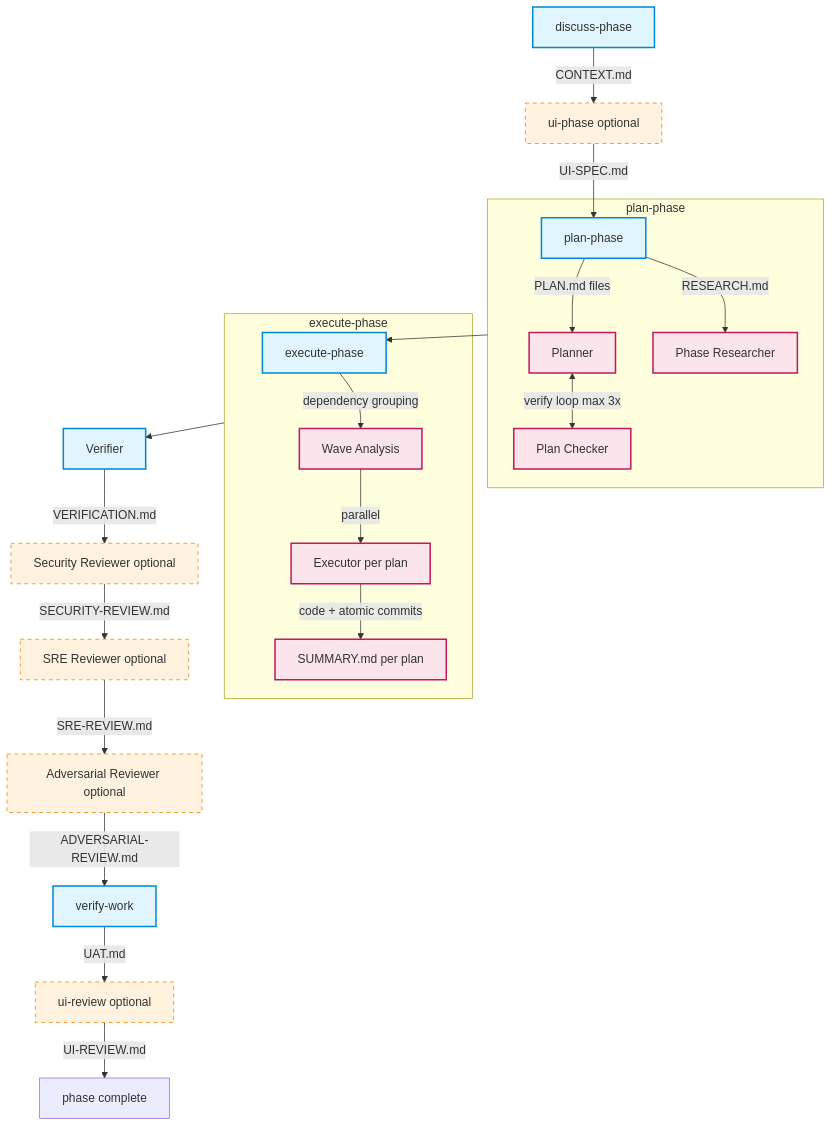
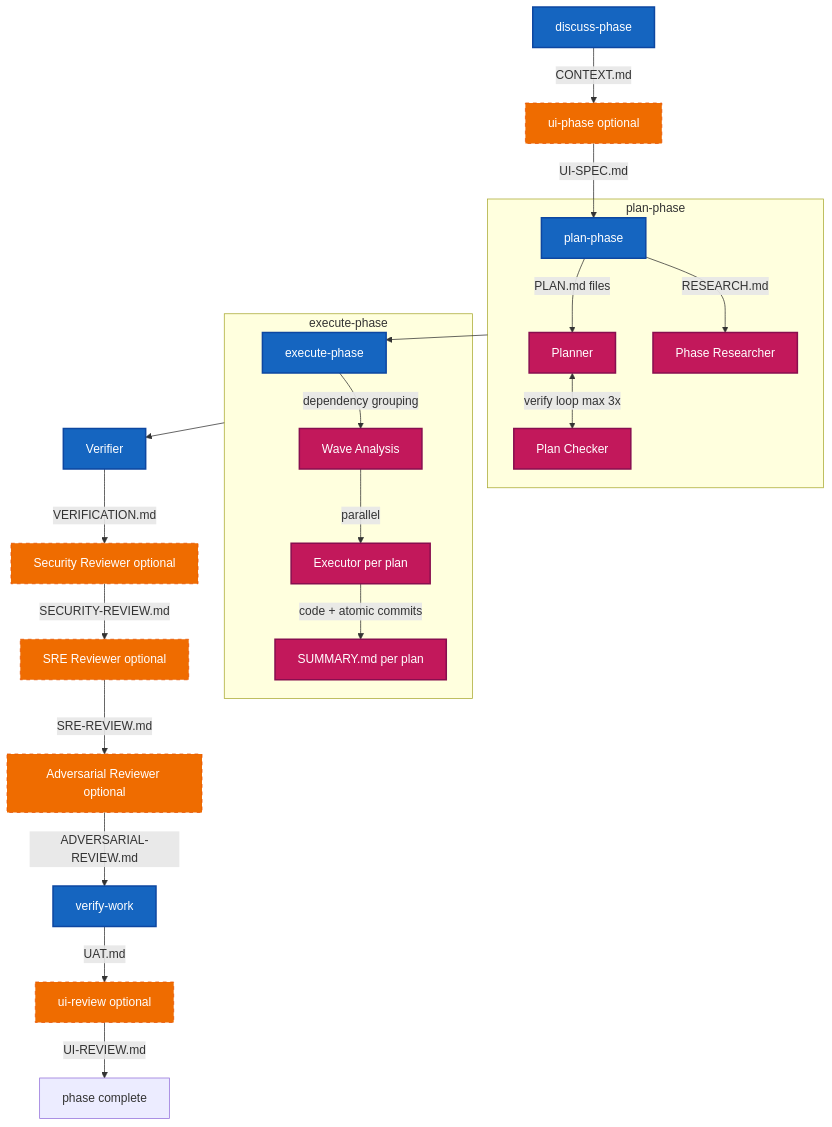
Before and after one commit to ngagne/808: the diagram in README.md, drawn with Mermaid. The commit also changed 1 other file, not shown here.

Commit message:
docs: adjust readme diagram color, update terminal svg example

````diff
--- a/README.md
+++ b/README.md
@@ -260,37 +260,37 @@
 ```mermaid
 flowchart TD
     A[discuss-phase] -->|CONTEXT.md| B[ui-phase optional]
     B -->|UI-SPEC.md| C[plan-phase]
-    
+
     subgraph plan-phase
         C -->|RESEARCH.md| D[Phase Researcher]
         C -->|PLAN.md files| E[Planner]
         E <-->|verify loop max 3x| F[Plan Checker]
     end
-    
+
     plan-phase --> G[execute-phase]
-    
+
     subgraph execute-phase
         G -->|dependency grouping| H[Wave Analysis]
         H -->|parallel| I[Executor per plan]
         I -->|code + atomic commits| J[SUMMARY.md per plan]
     end
-    
+
     execute-phase --> K[Verifier]
     K -->|VERIFICATION.md| L[Security Reviewer optional]
     L -->|SECURITY-REVIEW.md| M[SRE Reviewer optional]
     M -->|SRE-REVIEW.md| N[Adversarial Reviewer optional]
     N -->|ADVERSARIAL-REVIEW.md| O[verify-work]
-    
+
     O -->|UAT.md| P[ui-review optional]
     P -->|UI-REVIEW.md| Q[phase complete]
-    
-    classDef stage fill:#e1f5fe,stroke:#0288d1,stroke-width:2px
-    classDef optional fill:#fff3e0,stroke:#f57c00,stroke-width:1px,stroke-dasharray: 5 5
-    classDef artifact fill:#f3e5f5,stroke:#7b1fa2,stroke-width:1px
-    classDef review fill:#fce4ec,stroke:#c2185b,stroke-width:2px
-    
+
+    classDef stage fill:#1565c0,stroke:#0d47a1,stroke-width:2px,color:#fff
+    classDef optional fill:#ef6c00,stroke:#e65100,stroke-width:1px,stroke-dasharray: 5 5,color:#fff
+    classDef artifact fill:#6a1b9a,stroke:#4a148c,stroke-width:1px,color:#fff
+    classDef review fill:#c2185b,stroke:#880e4f,stroke-width:2px,color:#fff
+
     class A,B,C,G,K,O,P stage
     class B,L,M,N,P optional
     class D,E,F,H,I,J review
 ```
````
